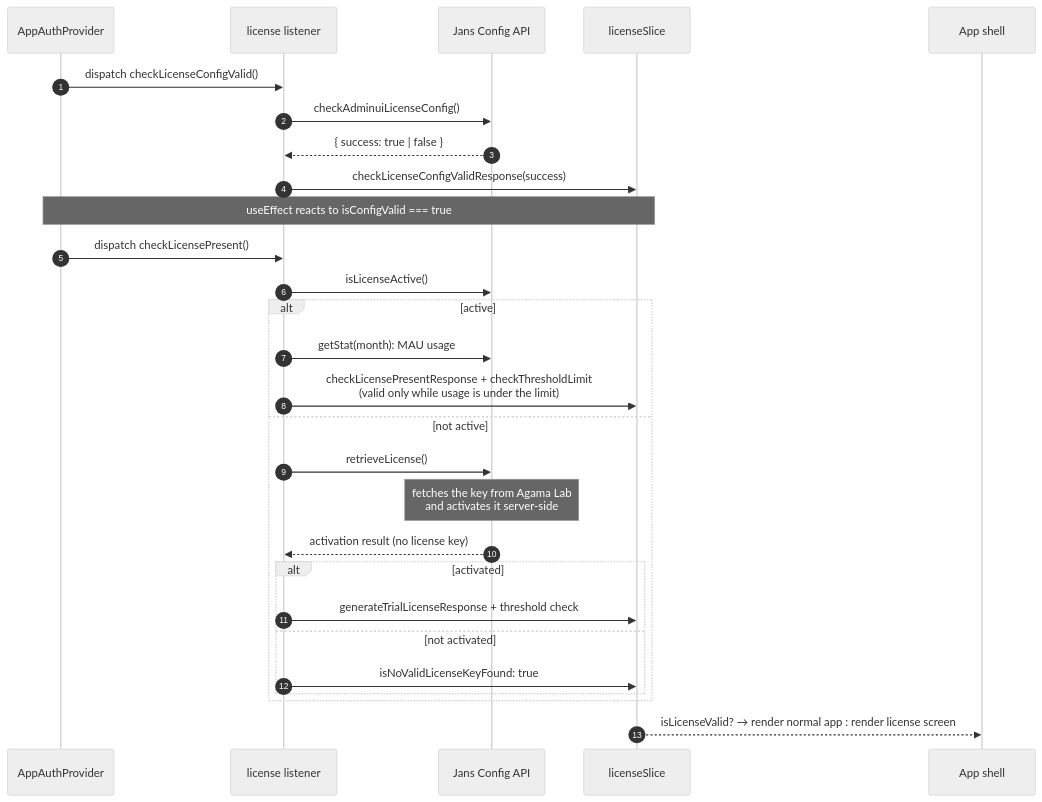
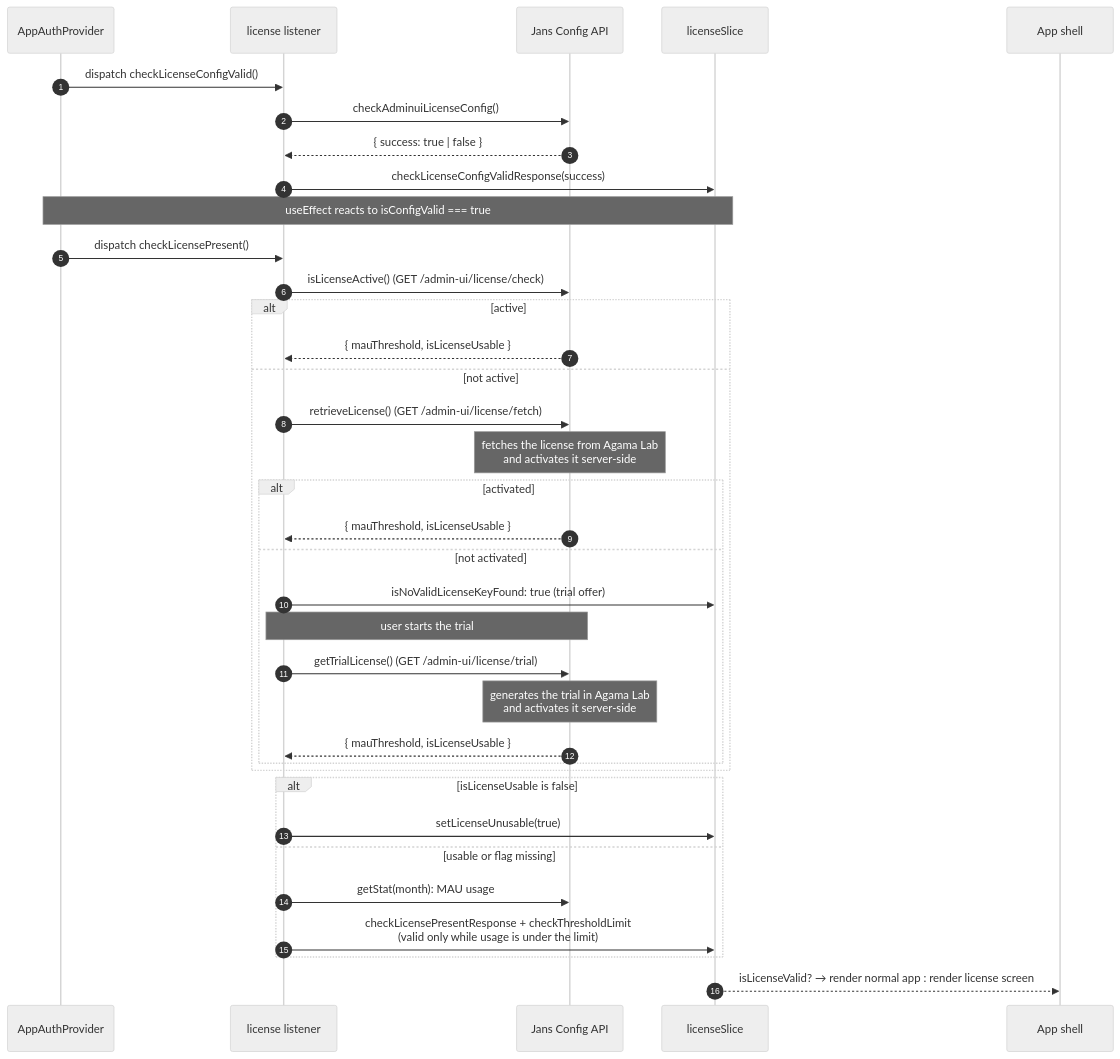
The third of 3 diagrams in admin-ui/docs/auth.md (GluuFederation/flex), drawn with Mermaid (neutral theme) before and after one commit. The commit also changed other lines of this file and 6 other files, not shown here.

Commit message:
docs(admin-ui): update docs for license API and recent changes (#3175)

````diff
--- a/admin-ui/docs/auth.md
+++ b/admin-ui/docs/auth.md
@@ -119,34 +119,42 @@
 ```mermaid
 sequenceDiagram
     autonumber
     participant Provider as AppAuthProvider
     participant Listener as license listener
     participant API as Jans Config API
     participant Slice as licenseSlice
     participant UI as App shell
 
     Provider->>Listener: dispatch checkLicenseConfigValid()
     Listener->>API: checkAdminuiLicenseConfig()
     API-->>Listener: { success: true | false }
     Listener->>Slice: checkLicenseConfigValidResponse(success)
 
     Note over Provider,Slice: useEffect reacts to isConfigValid === true
 
     Provider->>Listener: dispatch checkLicensePresent()
-    Listener->>API: isLicenseActive()
+    Listener->>API: isLicenseActive() (GET /admin-ui/license/check)
     alt active
+        API-->>Listener: { mauThreshold, isLicenseUsable }
+    else not active
+        Listener->>API: retrieveLicense() (GET /admin-ui/license/fetch)
+        Note over API: fetches the license from Agama Lab<br/>and activates it server-side
+        alt activated
+            API-->>Listener: { mauThreshold, isLicenseUsable }
+        else not activated
+            Listener->>Slice: isNoValidLicenseKeyFound: true (trial offer)
+            Note over Listener,API: user starts the trial
+            Listener->>API: getTrialLicense() (GET /admin-ui/license/trial)
+            Note over API: generates the trial in Agama Lab<br/>and activates it server-side
+            API-->>Listener: { mauThreshold, isLicenseUsable }
+        end
+    end
+    alt isLicenseUsable is false
+        Listener->>Slice: setLicenseUnusable(true)
+    else usable or flag missing
         Listener->>API: getStat(month): MAU usage
         Listener->>Slice: checkLicensePresentResponse + checkThresholdLimit<br/>(valid only while usage is under the limit)
-    else not active
-        Listener->>API: retrieveLicense()
-        Note over API: fetches the key from Agama Lab<br/>and activates it server-side
-        API-->>Listener: activation result (no license key)
-        alt activated
-            Listener->>Slice: generateTrialLicenseResponse + threshold check
-        else not activated
-            Listener->>Slice: isNoValidLicenseKeyFound: true
-        end
     end
 
     Slice-->>UI: isLicenseValid? → render normal app : render license screen
 ```
````
